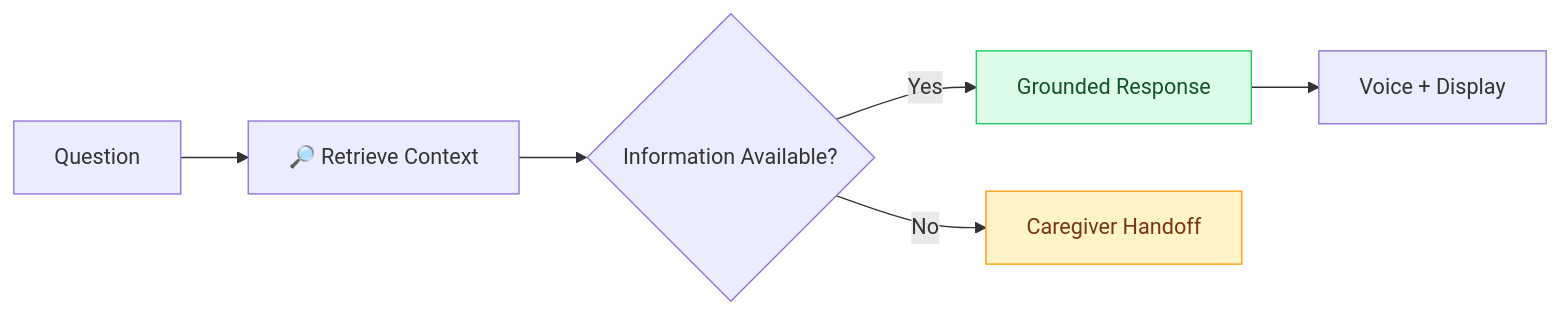
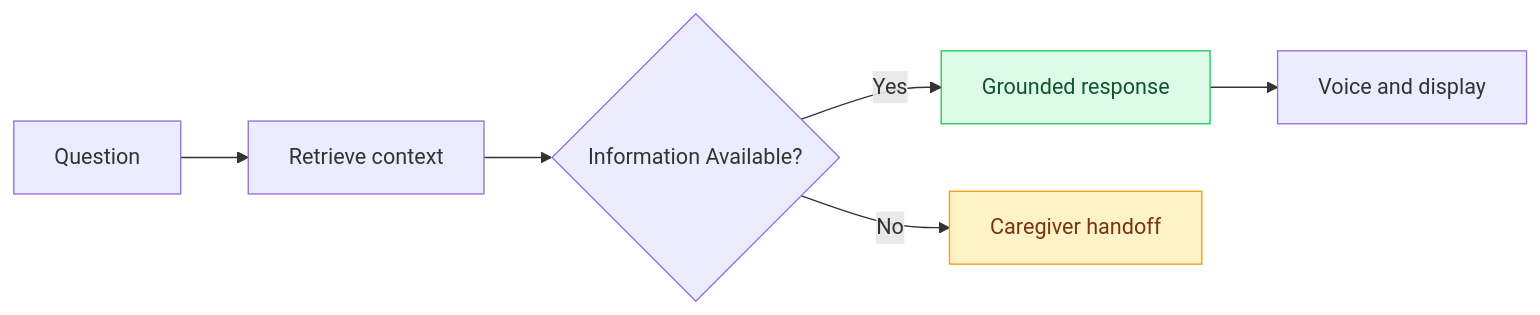
The fourth of 4 diagrams in README.md (VincentSchelstraete1/Anchor-compiled-hackathon), drawn with Mermaid before and after one commit. The commit also changed other lines of this file and 4 other files, not shown here.

````diff
--- a/README.md
+++ b/README.md
@@ -278,11 +292,11 @@
 ```mermaid
 flowchart LR
-    A[" Question"] --> B["🔎 Retrieve Context"]
+    A["Question"] --> B["Retrieve context"]
     B --> C{"Information Available?"}
-    C -->|Yes| D[" Grounded Response"]
-    C -->|No| E[" Caregiver Handoff"]
-    D --> F[" Voice + Display"]
+    C -->|Yes| D["Grounded response"]
+    C -->|No| E["Caregiver handoff"]
+    D --> F["Voice and display"]
 
     style D fill:#dcfce7,stroke:#22c55e,color:#14532d
     style E fill:#fef3c7,stroke:#f59e0b,color:#78350f
 ```
````
